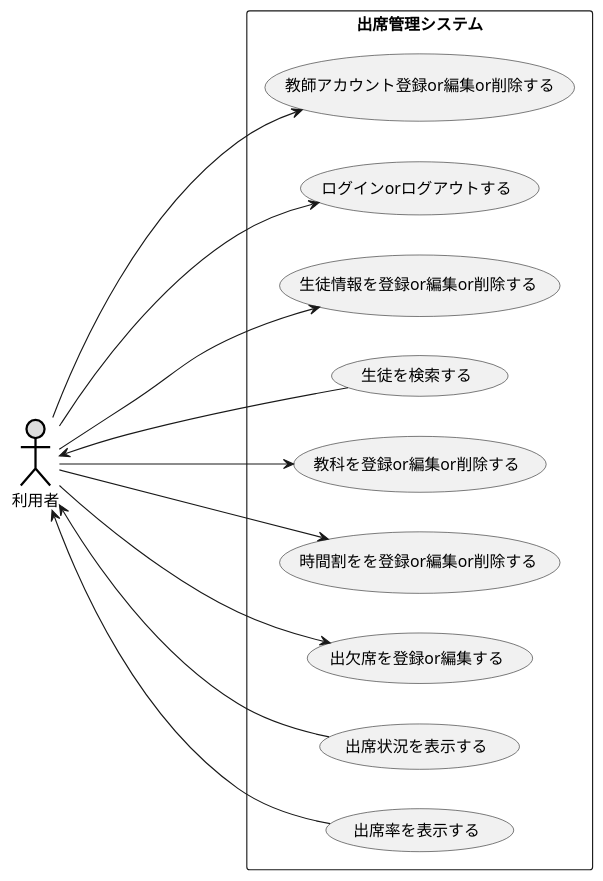
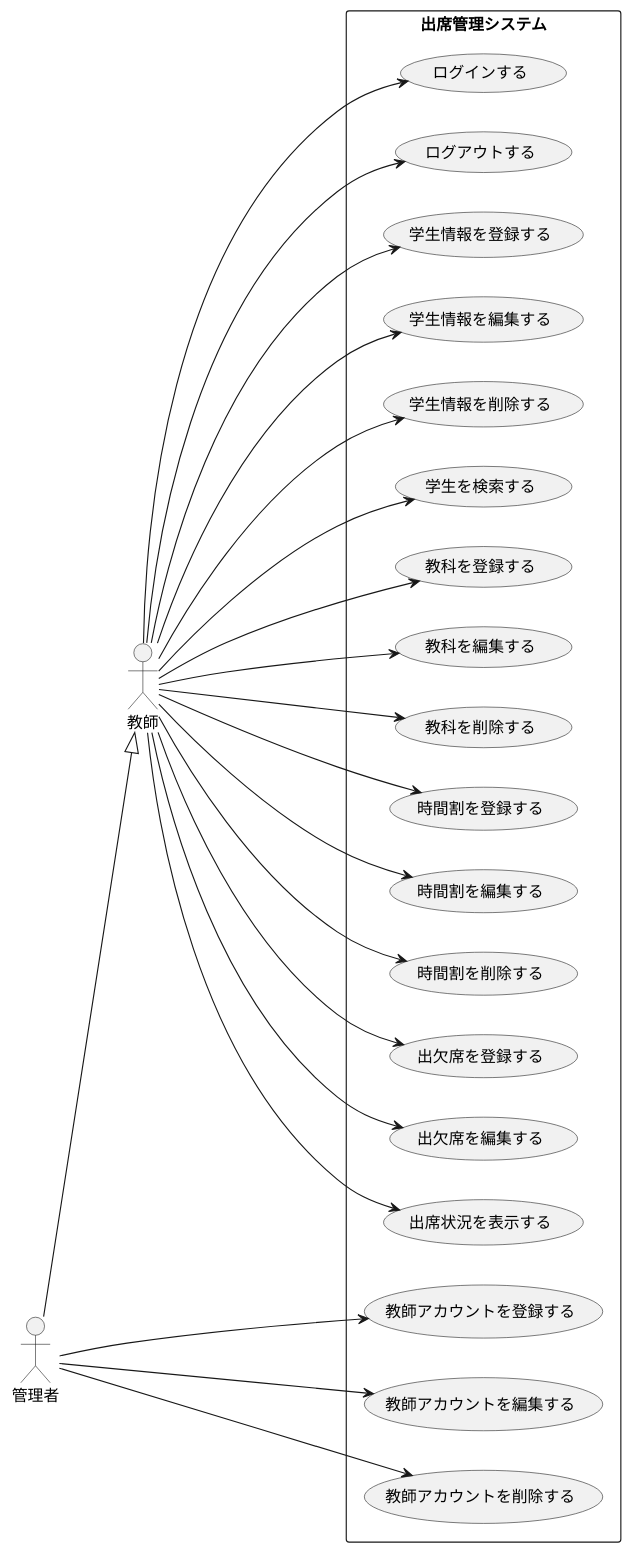
Before and after one commit to syutamorijyobi/attendance_management: the diagram in test.pu, drawn with PlantUML.

```diff
--- a/test.pu
+++ b/test.pu
@@ -1,26 +1,44 @@
 @startuml 出欠席管理システム
 left to right direction
-actor 利用者#DDDDDD;line:black;line.bold;
-' actor 管理者#DDDDDD;line:black;line.bold;
+actor 教師
+actor 管理者
 rectangle 出席管理システム {
-usecase 教師アカウント登録or編集or削除する 
-usecase ログインorログアウトする
-usecase  生徒情報を登録or編集or削除する
-usecase 生徒を検索する 
-usecase 教科を登録or編集or削除する
-usecase 時間割をを登録or編集or削除する
-usecase 出欠席を登録or編集する
+usecase 教師アカウントを登録する
+usecase 教師アカウントを編集する
+usecase 教師アカウントを削除する
+usecase ログインする
+usecase ログアウトする
+usecase 学生情報を登録する
+usecase 学生情報を編集する
+usecase 学生情報を削除する
+usecase 学生を検索する
+usecase 教科を登録する
+usecase 教科を編集する
+usecase 教科を削除する
+usecase 時間割を登録する
+usecase 時間割を編集する
+usecase 時間割を削除する
+usecase 出欠席を登録する
+usecase 出欠席を編集する
 usecase 出席状況を表示する
-usecase 出席率を表示する
 }
-' 教師アカウント登録or編集or削除する <-- 管理者
-利用者 --> 教師アカウント登録or編集or削除する
-利用者--> ログインorログアウトする
-利用者--> 生徒情報を登録or編集or削除する
-利用者 <-- 生徒を検索する
-利用者--> 教科を登録or編集or削除する
-利用者--> 時間割をを登録or編集or削除する 
-利用者--> 出欠席を登録or編集する
-利用者<--- 出席状況を表示する
-利用者<---- 出席率を表示する
+管理者 --|> 教師
+教師 --> ログアウトする
+教師 --> ログインする
+管理者 --> 教師アカウントを登録する
+管理者 --> 教師アカウントを編集する
+管理者 --> 教師アカウントを削除する
+教師 --> 学生情報を登録する
+教師 --> 学生情報を編集する
+教師 --> 学生情報を削除する
+教師 --> 学生を検索する
+教師 --> 教科を登録する
+教師 --> 教科を編集する
+教師 --> 教科を削除する
+教師 --> 時間割を登録する
+教師 --> 時間割を編集する
+教師 --> 時間割を削除する
+教師 ----> 出欠席を登録する
+教師 ---> 出欠席を編集する
+教師 -----> 出席状況を表示する
 @enduml
```
